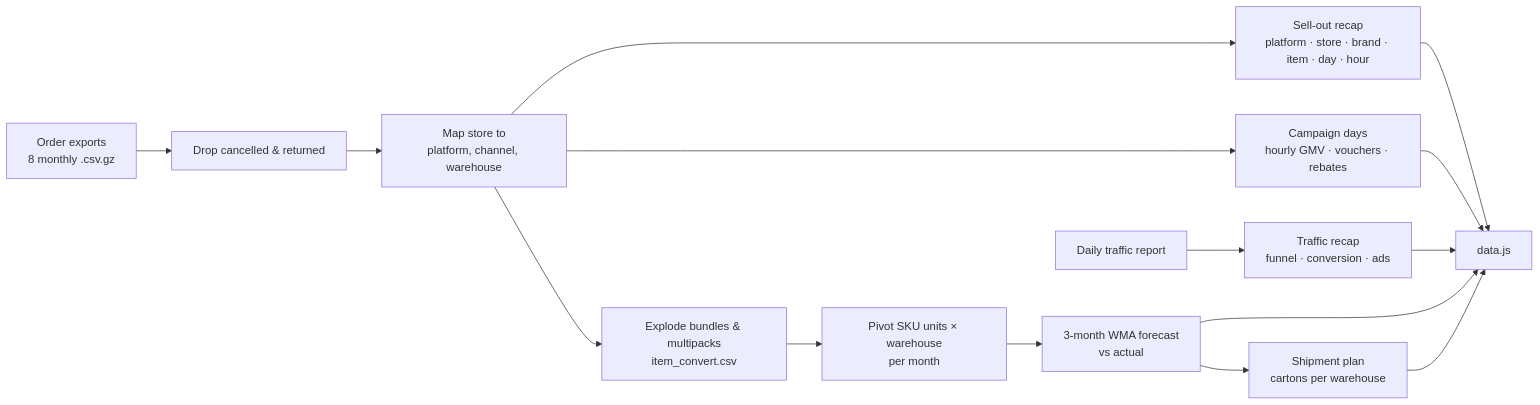
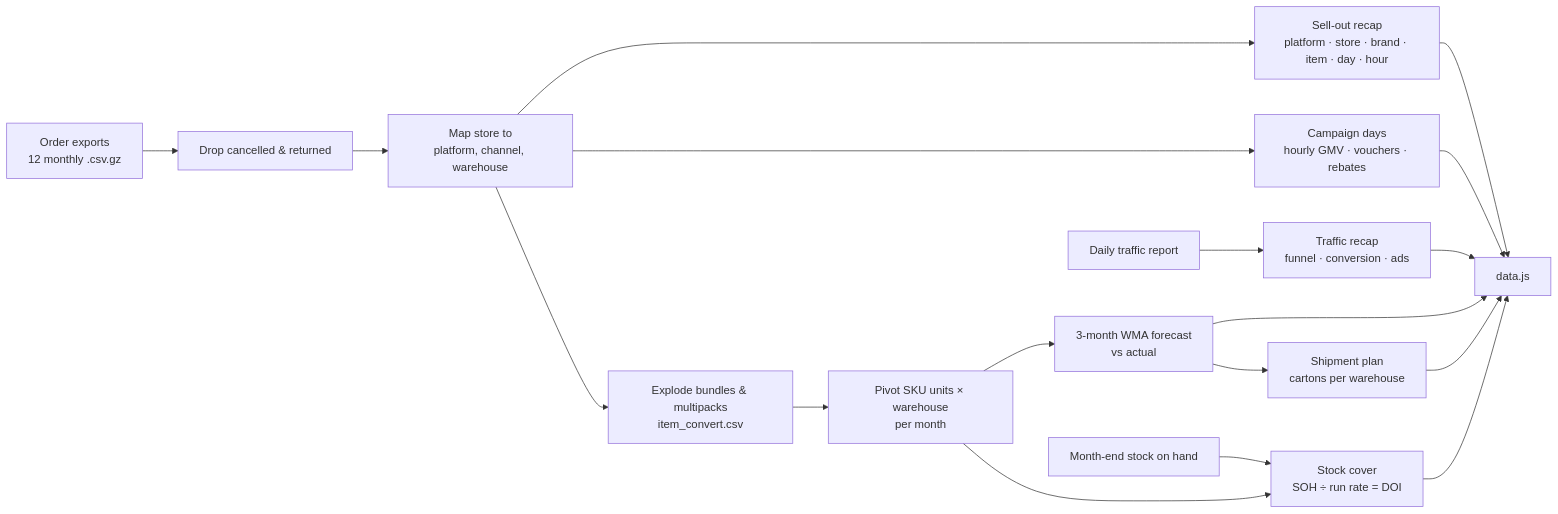
Before and after one commit to andinasywan/ecommerce-analytics-dashboard: the diagram in README.md, drawn with Mermaid. The commit also changed other lines of this file and 34 other files, not shown here.

First line of the commit message:
Extend to January-September 2026 and add stock cover

````diff
--- a/README.md
+++ b/README.md
@@ -62,17 +66,20 @@
 ```mermaid
 flowchart LR
-  A[Order exports<br/>8 monthly .csv.gz] --> B[Drop cancelled & returned]
+  A[Order exports<br/>12 monthly .csv.gz] --> B[Drop cancelled & returned]
   B --> C[Map store to<br/>platform, channel, warehouse]
   C --> D[Sell-out recap<br/>platform · store · brand · item · day · hour]
   C --> K[Campaign days<br/>hourly GMV · vouchers · rebates]
   T[Daily traffic report] --> L[Traffic recap<br/>funnel · conversion · ads]
   C --> E[Explode bundles & multipacks<br/>item_convert.csv]
   E --> F[Pivot SKU units × warehouse<br/>per month]
   F --> G[3-month WMA forecast<br/>vs actual]
   G --> H[Shipment plan<br/>cartons per warehouse]
+  S[Month-end stock on hand] --> J[Stock cover<br/>SOH ÷ run rate = DOI]
+  F --> J
   D --> I[data.js]
   K --> I
   L --> I
   G --> I
   H --> I
+  J --> I
 ```
````
